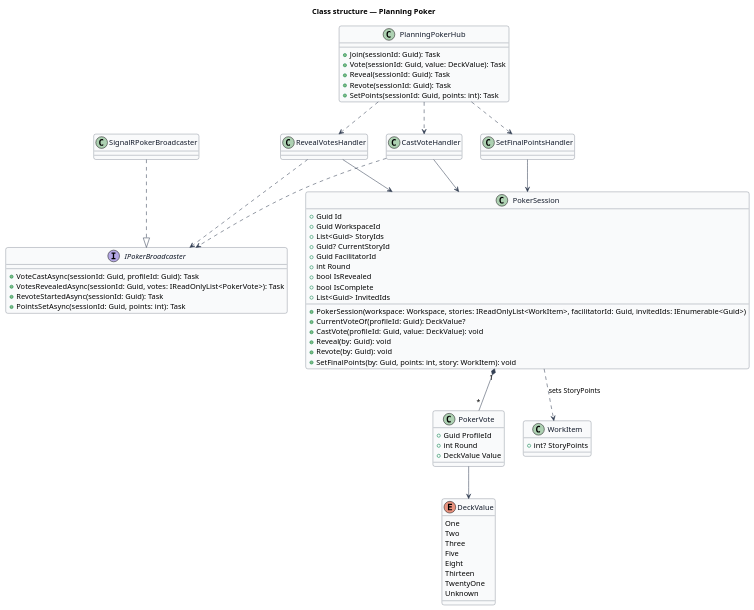
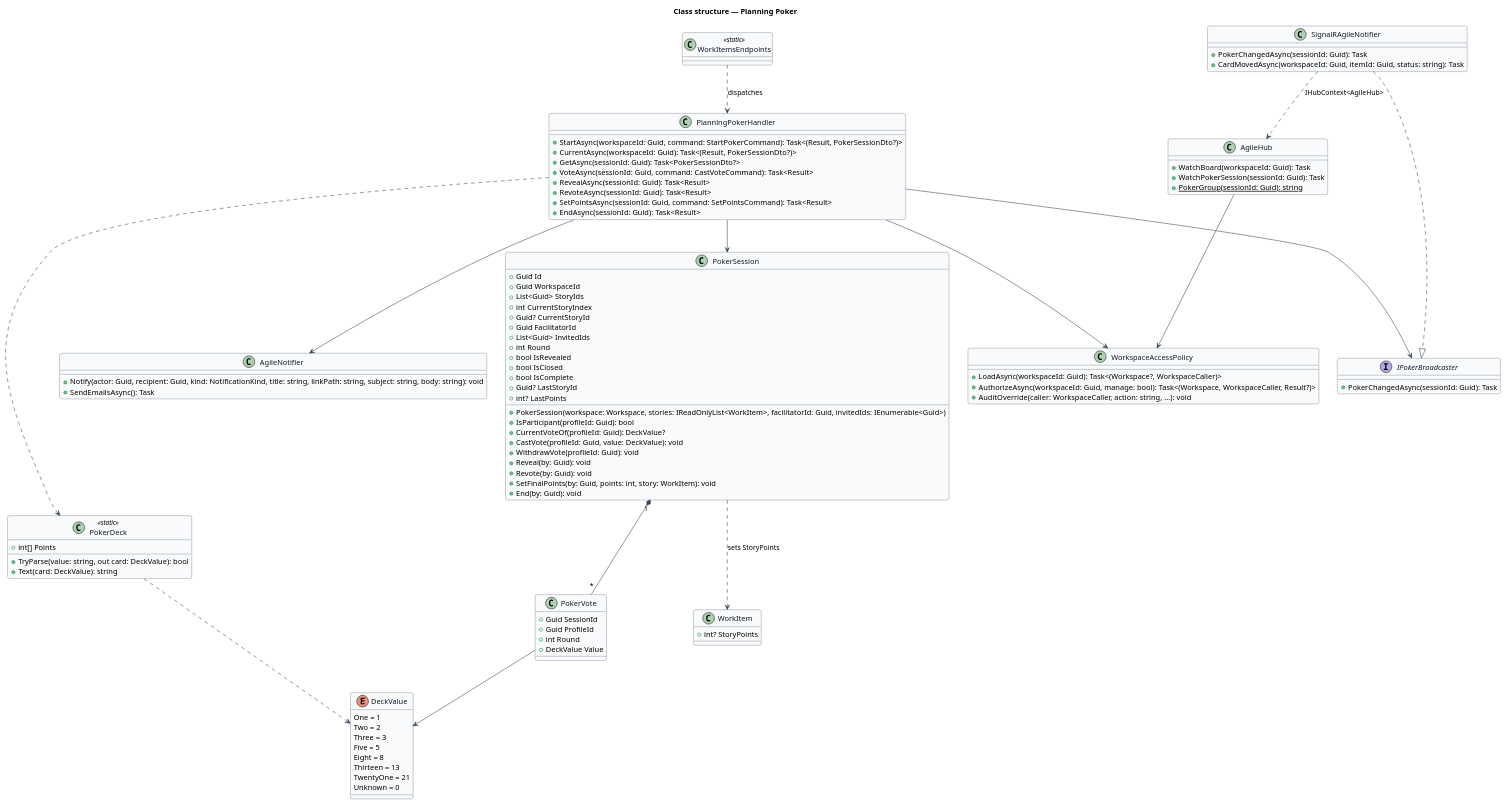
One commit to QuinntyneBrown/faithtech-community changed the diagram in docs/detailed-designs/agile/planning-poker/diagrams/class-structure.puml. Above: the diagram before and after it, drawn with PlantUML. The commit also changed 74 other files, not shown here.

```diff
--- a/docs/detailed-designs/agile/planning-poker/diagrams/class-structure.puml
+++ b/docs/detailed-designs/agile/planning-poker/diagrams/class-structure.puml
@@ -1,78 +1,107 @@
 @startuml
 skinparam backgroundColor #FFFFFF
 skinparam shadowing false
 skinparam roundcorner 8
 skinparam defaultFontName Arial
 skinparam ArrowColor #344054
 skinparam class {
   BorderColor #344054
   FontColor #101828
   BackgroundColor #F9FAFB
 }
 title Class structure — Planning Poker
 
 enum DeckValue {
-  One
-  Two
-  Three
-  Five
-  Eight
-  Thirteen
-  TwentyOne
-  Unknown
+  One = 1
+  Two = 2
+  Three = 3
+  Five = 5
+  Eight = 8
+  Thirteen = 13
+  TwentyOne = 21
+  Unknown = 0
 }
 class PokerSession {
   +Guid Id
   +Guid WorkspaceId
   +List<Guid> StoryIds
+  +int CurrentStoryIndex
   +Guid? CurrentStoryId
   +Guid FacilitatorId
+  +List<Guid> InvitedIds
   +int Round
   +bool IsRevealed
+  +bool IsClosed
   +bool IsComplete
-  +List<Guid> InvitedIds
+  +Guid? LastStoryId
+  +int? LastPoints
   +PokerSession(workspace: Workspace, stories: IReadOnlyList<WorkItem>, facilitatorId: Guid, invitedIds: IEnumerable<Guid>)
+  +IsParticipant(profileId: Guid): bool
   +CurrentVoteOf(profileId: Guid): DeckValue?
   +CastVote(profileId: Guid, value: DeckValue): void
+  +WithdrawVote(profileId: Guid): void
   +Reveal(by: Guid): void
   +Revote(by: Guid): void
   +SetFinalPoints(by: Guid, points: int, story: WorkItem): void
+  +End(by: Guid): void
 }
 class PokerVote {
+  +Guid SessionId
   +Guid ProfileId
   +int Round
   +DeckValue Value
 }
 class WorkItem {
   +int? StoryPoints
 }
-class PlanningPokerHub {
-  +Join(sessionId: Guid): Task
-  +Vote(sessionId: Guid, value: DeckValue): Task
-  +Reveal(sessionId: Guid): Task
-  +Revote(sessionId: Guid): Task
-  +SetPoints(sessionId: Guid, points: int): Task
+class PokerDeck <<static>> {
+  +int[] Points
+  +TryParse(value: string, out card: DeckValue): bool
+  +Text(card: DeckValue): string
+}
+class PlanningPokerHandler {
+  +StartAsync(workspaceId: Guid, command: StartPokerCommand): Task<(Result, PokerSessionDto?)>
+  +CurrentAsync(workspaceId: Guid): Task<(Result, PokerSessionDto?)>
+  +GetAsync(sessionId: Guid): Task<PokerSessionDto?>
+  +VoteAsync(sessionId: Guid, command: CastVoteCommand): Task<Result>
+  +RevealAsync(sessionId: Guid): Task<Result>
+  +RevoteAsync(sessionId: Guid): Task<Result>
+  +SetPointsAsync(sessionId: Guid, command: SetPointsCommand): Task<Result>
+  +EndAsync(sessionId: Guid): Task<Result>
+}
+class WorkspaceAccessPolicy {
+  +LoadAsync(workspaceId: Guid): Task<(Workspace?, WorkspaceCaller)>
+  +AuthorizeAsync(workspaceId: Guid, manage: bool): Task<(Workspace, WorkspaceCaller, Result?)>
+  +AuditOverride(caller: WorkspaceCaller, action: string, ...): void
+}
+class AgileNotifier {
+  +Notify(actor: Guid, recipient: Guid, kind: NotificationKind, title: string, linkPath: string, subject: string, body: string): void
+  +SendEmailsAsync(): Task
 }
 interface IPokerBroadcaster {
-  +VoteCastAsync(sessionId: Guid, profileId: Guid): Task
-  +VotesRevealedAsync(sessionId: Guid, votes: IReadOnlyList<PokerVote>): Task
-  +RevoteStartedAsync(sessionId: Guid): Task
-  +PointsSetAsync(sessionId: Guid, points: int): Task
+  +PokerChangedAsync(sessionId: Guid): Task
 }
-class SignalRPokerBroadcaster
-class CastVoteHandler
-class RevealVotesHandler
-class SetFinalPointsHandler
+class SignalRAgileNotifier {
+  +PokerChangedAsync(sessionId: Guid): Task
+  +CardMovedAsync(workspaceId: Guid, itemId: Guid, status: string): Task
+}
+class AgileHub {
+  +WatchBoard(workspaceId: Guid): Task
+  +WatchPokerSession(sessionId: Guid): Task
+  {static} +PokerGroup(sessionId: Guid): string
+}
+class WorkItemsEndpoints <<static>>
 PokerSession "1" *-- "*" PokerVote
 PokerVote --> DeckValue
 PokerSession ..> WorkItem : sets StoryPoints
-PlanningPokerHub ..> CastVoteHandler
-PlanningPokerHub ..> RevealVotesHandler
-PlanningPokerHub ..> SetFinalPointsHandler
-CastVoteHandler --> PokerSession
-RevealVotesHandler --> PokerSession
-SetFinalPointsHandler --> PokerSession
-CastVoteHandler ..> IPokerBroadcaster
-RevealVotesHandler ..> IPokerBroadcaster
-SignalRPokerBroadcaster ..|> IPokerBroadcaster
+PokerDeck ..> DeckValue
+WorkItemsEndpoints ..> PlanningPokerHandler : dispatches
+PlanningPokerHandler --> PokerSession
+PlanningPokerHandler ..> PokerDeck
+PlanningPokerHandler --> WorkspaceAccessPolicy
+PlanningPokerHandler --> AgileNotifier
+PlanningPokerHandler --> IPokerBroadcaster
+SignalRAgileNotifier ..|> IPokerBroadcaster
+SignalRAgileNotifier ..> AgileHub : IHubContext<AgileHub>
+AgileHub --> WorkspaceAccessPolicy
 @enduml
```
